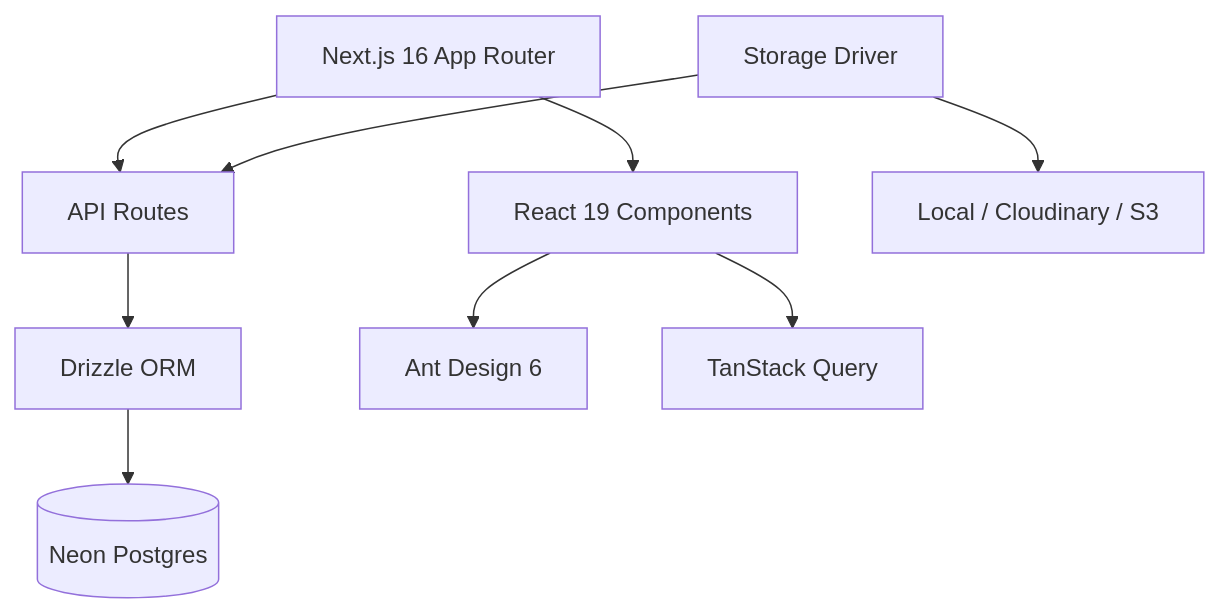
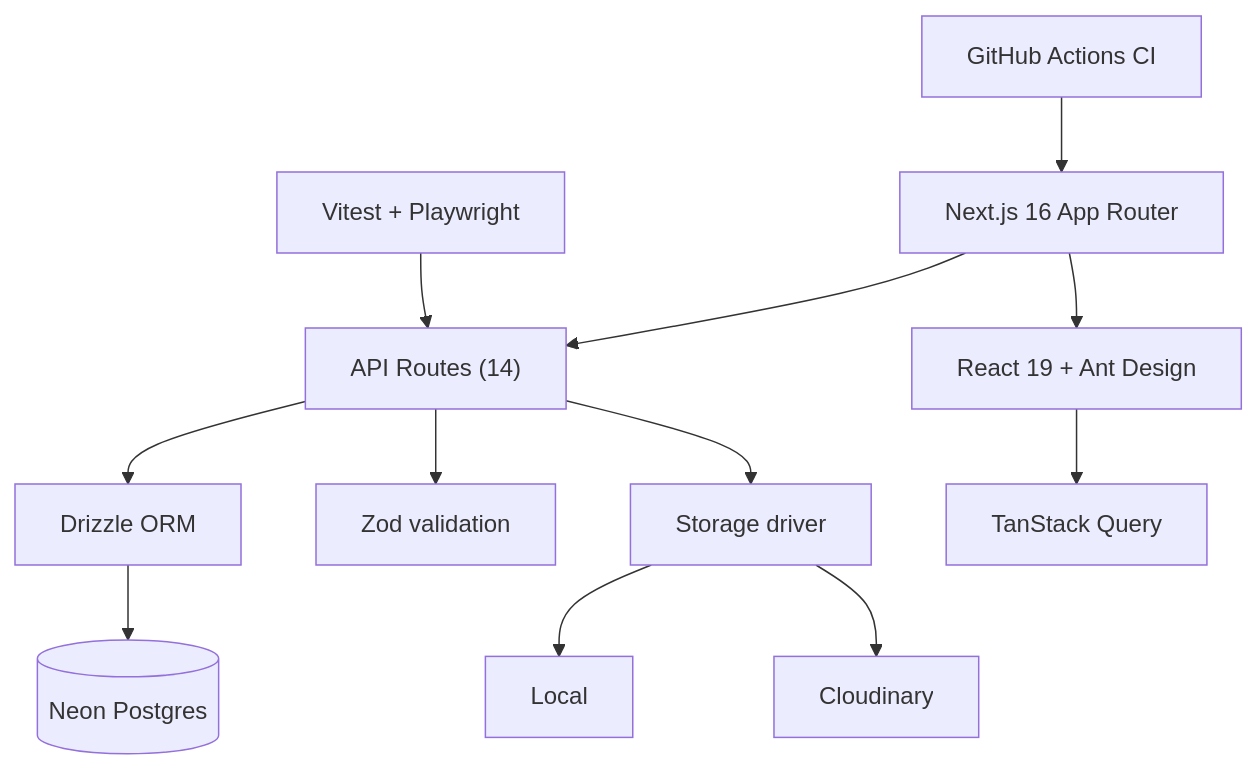
One commit to raihanachmad8/portofolio changed the first of 2 diagrams in src/content/projects/frozeria-next.mdx. Above: the diagram before and after it, drawn with Mermaid. The commit also changed other lines of this file and 16 other files, not shown here.

First line of the commit message:
feat: enrich all 11 project MDX with verified data and diagrams

````diff
--- a/src/content/projects/frozeria-next.mdx
+++ b/src/content/projects/frozeria-next.mdx
@@ -44,11 +50,14 @@
 ```mermaid
 flowchart TD
-A["Next.js 16 App Router"] --> B["API Routes"]
-A --> C["React 19 Components"]
-B --> D["Drizzle ORM"]
-D --> E[("Neon Postgres")]
-C --> F["Ant Design 6"]
-C --> G["TanStack Query"]
-H["Storage Driver"] --> B
-H --> I["Local / Cloudinary / S3"]
+    A["Next.js 16 App Router"] --> B["API Routes (14)"]
+    A --> C["React 19 + Ant Design"]
+    B --> D["Drizzle ORM"]
+    D --> E[("Neon Postgres")]
+    B --> F["Zod validation"]
+    B --> G["Storage driver"]
+    G --> H["Local"]
+    G --> I["Cloudinary"]
+    C --> J["TanStack Query"]
+    K["Vitest + Playwright"] --> B
+    L["GitHub Actions CI"] --> A
 ```
````
